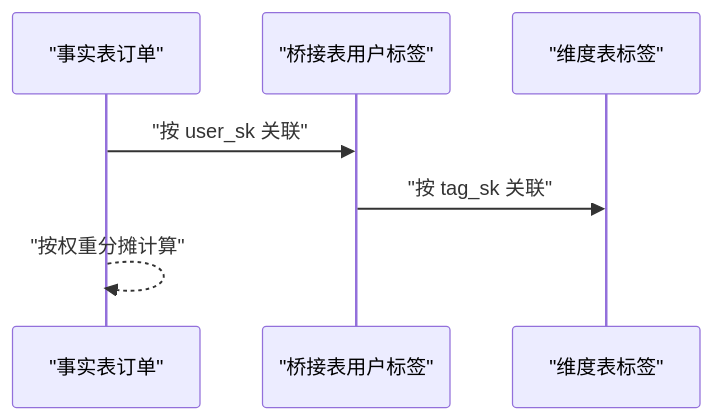
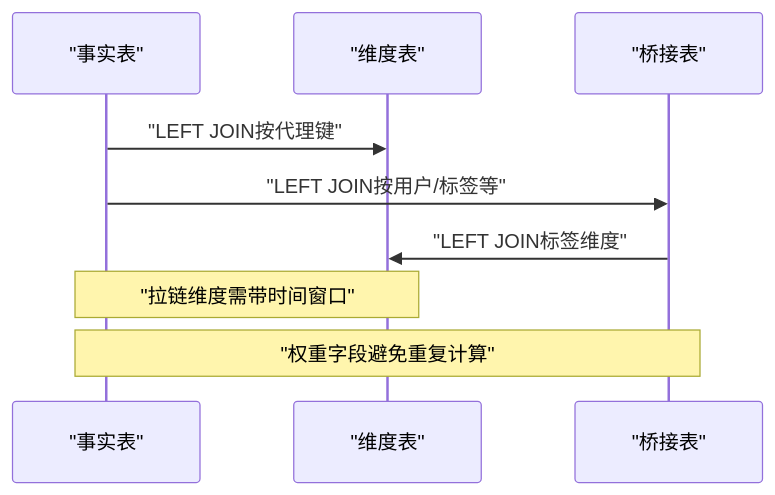
One commit to 13679659643/Data_Warehouse_Engineering changed the fifth of 6 diagrams in .qoder/repowiki/zh/content/知识库系统/维度建模技巧.md. Above: the diagram before and after it, drawn with Mermaid. The commit also changed other lines of this file and 88 other files, not shown here.

````diff
--- a/.qoder/repowiki/zh/content/知识库系统/维度建模技巧.md
+++ b/.qoder/repowiki/zh/content/知识库系统/维度建模技巧.md
@@ -203,9 +221,11 @@
 ```mermaid
 sequenceDiagram
-participant F as "事实表订单"
-participant B as "桥接表用户标签"
-participant T as "维度表标签"
-F->>B : "按 user_sk 关联"
-B->>T : "按 tag_sk 关联"
-F-->>F : "按权重分摊计算"
+participant F as "事实表"
+participant D as "维度表"
+participant B as "桥接表"
+F->>D : "LEFT JOIN按代理键"
+F->>B : "LEFT JOIN按用户/标签等"
+B->>D : "LEFT JOIN标签维度"
+Note over F,D : "拉链维度需带时间窗口"
+Note over F,B : "权重字段避免重复计算"
 ```
````
